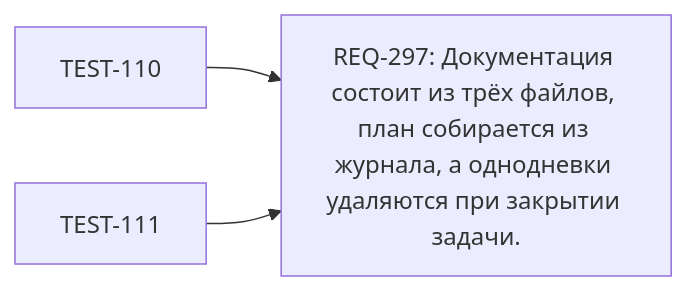
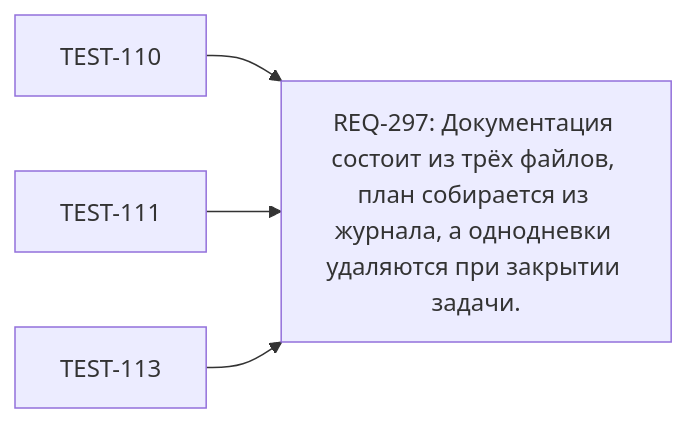
Before and after one commit to VanUST/dsh-vanust: the diagram in state/views/map/REQ-297.mmd, drawn with Mermaid. The commit also changed 103 other files, not shown here.

Commit message:
Architecture boundaries, the plan in the injection, request observation, and moved tests

```diff
--- a/state/views/map/REQ-297.mmd
+++ b/state/views/map/REQ-297.mmd
@@ -1,5 +1,6 @@
 %% GENERATED — DO NOT EDIT. REQ REQ-297
 graph LR
   REQ_297["REQ-297: Документация состоит из трёх файлов, план собирается из журнала, а однодневки удаляются при закрытии задачи."]
   TEST_110["TEST-110"] --> REQ_297
   TEST_111["TEST-111"] --> REQ_297
+  TEST_113["TEST-113"] --> REQ_297
```
